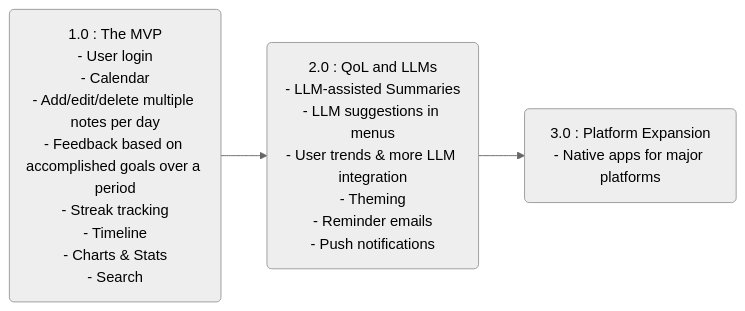
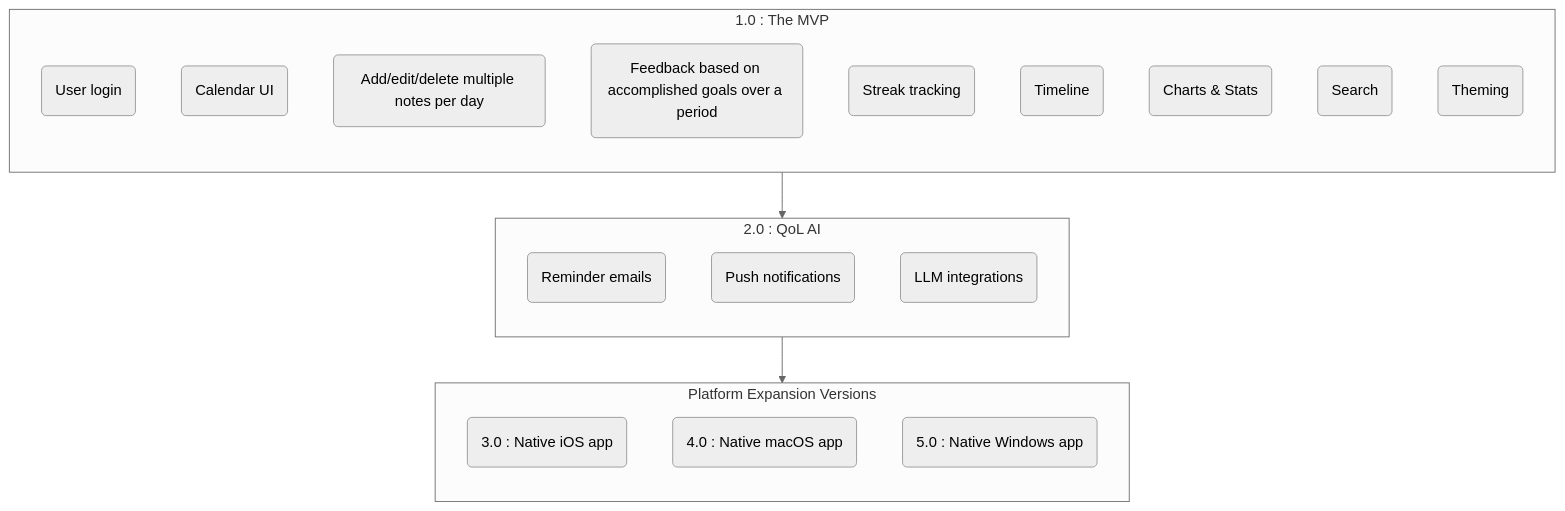
One commit to LowComDenom/wellness-calendar changed the second of 2 diagrams in README.md. Above: the diagram before and after it, drawn with Mermaid (neutral theme). The commit also changed other lines of this file and 10 other files, not shown here.

````diff
--- a/README.md
+++ b/README.md
@@ -58,26 +60,38 @@
 ```mermaid
-flowchart LR
+flowchart TD
 
-1(1.0 : The MVP
-- User login
-- Calendar
-- Add/edit/delete multiple notes per day
-- Feedback based on accomplished goals over a period
-- Streak tracking
-- Timeline
-- Charts & Stats
-- Search)
+subgraph v1 [1.0 : The MVP]
+direction TB
 
-2(2.0 : QoL and LLMs
-- LLM-assisted Summaries
-- LLM suggestions in menus
-- User trends & more LLM integration
-- Theming
-- Reminder emails
-- Push notifications)
+f1.1(User login)
+f1.2(Calendar UI)
+f1.3(Add/edit/delete multiple notes per day)
+f1.4(Feedback based on accomplished goals over a period)
+f1.5(Streak tracking)
+f1.6(Timeline)
+f1.7(Charts & Stats)
+f1.8(Search)
+f1.9(Theming)
 
-3(3.0 : Platform Expansion
-- Native apps for major platforms)
+end
 
-1 --> 2 --> 3
+subgraph v2 [2.0 : QoL AI]
+direction TB
+
+f2.1(Reminder emails)
+f2.2(Push notifications)
+f2.3(LLM integrations)
+
+end
+
+subgraph vPX [Platform Expansion Versions]
+direction TB
+
+iOS(3.0 : Native iOS app)
+mac(4.0 : Native macOS app)
+win(5.0 : Native Windows app)
+
+end
+
+v1 --> v2 --> vPX
 ```
````
